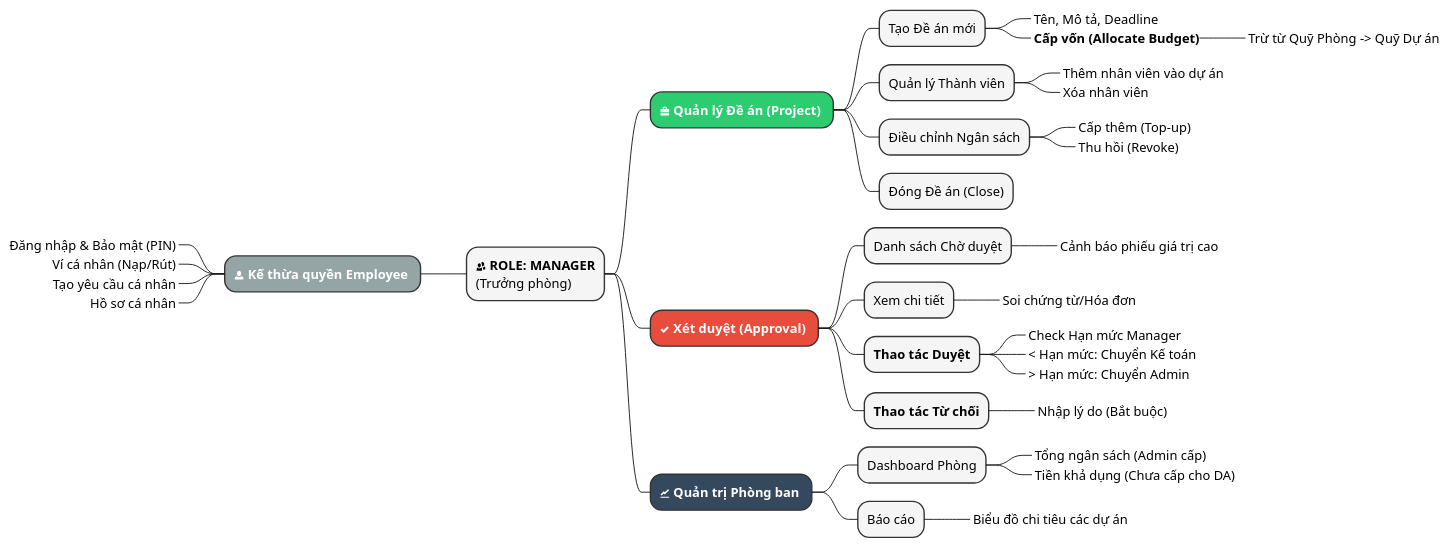
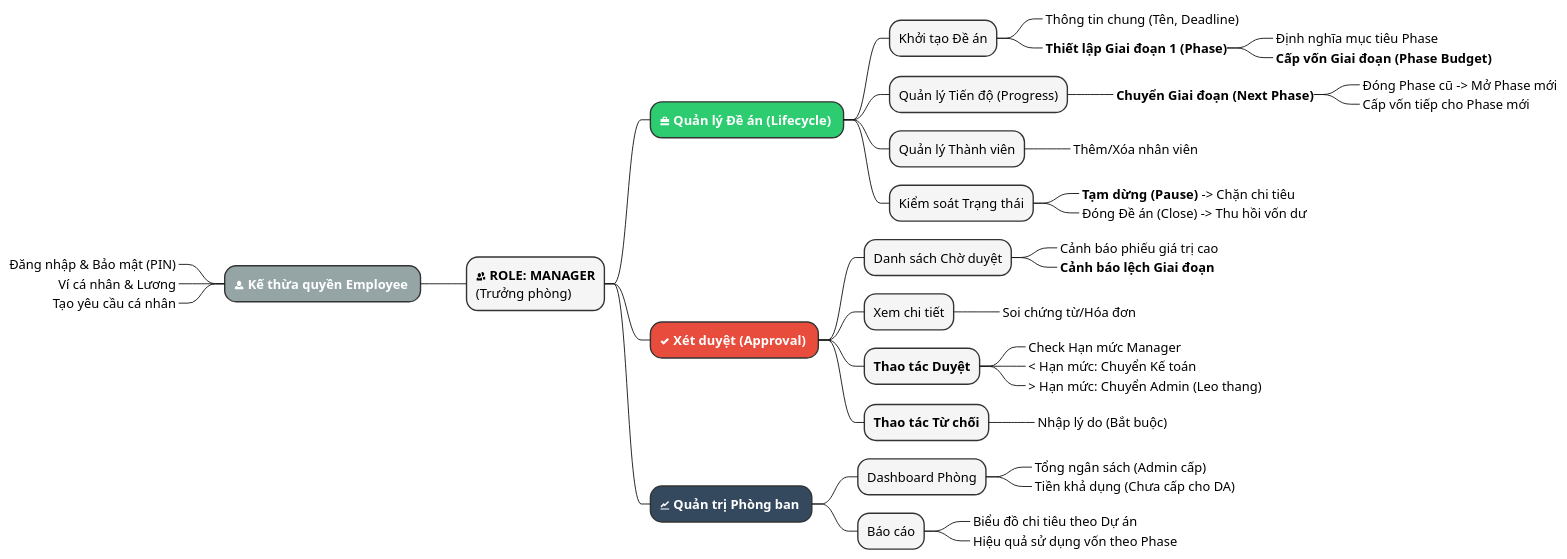
The diagram in Diagram/RoleBasedFeatures/Manager.puml (MKwang151/IFMS_BackEnd), drawn with PlantUML before and after one commit. The commit also changed 1 other file, not shown here.

Commit message:
feat: Update Employee and Manager mindmap diagrams with role-specific details and enhancements

```diff
--- a/Diagram/RoleBasedFeatures/Manager.puml
+++ b/Diagram/RoleBasedFeatures/Manager.puml
@@ -1,69 +1,73 @@
 @startmindmap
 ' --- CẤU HÌNH GIAO DIỆN ---
 skinparam linestyle ortho
 skinparam shadowing false
 skinparam BackgroundColor white
 skinparam NodeBackgroundColor #F5F5F5
 skinparam NodeBorderColor #333333
 skinparam FontName Arial
 
 ' --- MÀU SẮC ---
 <style>
 mindmapDiagram {
   .root { BackgroundColor #E67E22; FontColor white; FontSize 16; FontStyle bold }
   .inherit { BackgroundColor #95A5A6; FontColor white }
   .project { BackgroundColor #2ECC71; FontColor white }
   .approval { BackgroundColor #E74C3C; FontColor white }
   .dept { BackgroundColor #34495E; FontColor white }
 }
 </style>
 
 * <&people> **ROLE: MANAGER**\n(Trưởng phòng)
 
 ' 1. KẾ THỪA
 left side
 ** <&person> **Kế thừa quyền Employee** <<inherit>>
 ***_ Đăng nhập & Bảo mật (PIN)
-***_ Ví cá nhân (Nạp/Rút)
+***_ Ví cá nhân & Lương
 ***_ Tạo yêu cầu cá nhân
-***_ Hồ sơ cá nhân
 
-' 2. QUẢN LÝ ĐỀ ÁN
+' 2. QUẢN LÝ ĐỀ ÁN & TIẾN ĐỘ (UPDATED)
 right side
-** <&briefcase> **Quản lý Đề án (Project)** <<project>>
-*** Tạo Đề án mới
-****_ Tên, Mô tả, Deadline
-****_ **Cấp vốn (Allocate Budget)**
-*****_ Trừ từ Quỹ Phòng -> Quỹ Dự án
+** <&briefcase> **Quản lý Đề án (Lifecycle)** <<project>>
+*** Khởi tạo Đề án
+****_ Thông tin chung (Tên, Deadline)
+****_ **Thiết lập Giai đoạn 1 (Phase)**
+*****_ Định nghĩa mục tiêu Phase
+*****_ **Cấp vốn Giai đoạn (Phase Budget)**
+*** Quản lý Tiến độ (Progress)
+****_ **Chuyển Giai đoạn (Next Phase)**
+*****_ Đóng Phase cũ -> Mở Phase mới
+*****_ Cấp vốn tiếp cho Phase mới
 *** Quản lý Thành viên
-****_ Thêm nhân viên vào dự án
-****_ Xóa nhân viên
-*** Điều chỉnh Ngân sách
-****_ Cấp thêm (Top-up)
-****_ Thu hồi (Revoke)
-*** Đóng Đề án (Close)
+****_ Thêm/Xóa nhân viên
+*** Kiểm soát Trạng thái
+****_ **Tạm dừng (Pause)** -> Chặn chi tiêu
+****_ Đóng Đề án (Close) -> Thu hồi vốn dư
 
 ' 3. XÉT DUYỆT
 right side
 ** <&check> **Xét duyệt (Approval)** <<approval>>
 *** Danh sách Chờ duyệt
 ****_ Cảnh báo phiếu giá trị cao
+****_ **Cảnh báo lệch Giai đoạn**
 *** Xem chi tiết
 ****_ Soi chứng từ/Hóa đơn
 *** **Thao tác Duyệt**
 ****_ Check Hạn mức Manager
 ****_ < Hạn mức: Chuyển Kế toán
-****_ > Hạn mức: Chuyển Admin
+****_ > Hạn mức: Chuyển Admin (Leo thang)
 *** **Thao tác Từ chối**
 ****_ Nhập lý do (Bắt buộc)
 
 ' 4. QUẢN TRỊ PHÒNG BAN
 right side
 ** <&graph> **Quản trị Phòng ban** <<dept>>
 *** Dashboard Phòng
 ****_ Tổng ngân sách (Admin cấp)
 ****_ Tiền khả dụng (Chưa cấp cho DA)
 *** Báo cáo
-****_ Biểu đồ chi tiêu các dự án
+****_ Biểu đồ chi tiêu theo Dự án
+****_ Hiệu quả sử dụng vốn theo Phase
 
 @endmindmap
```
